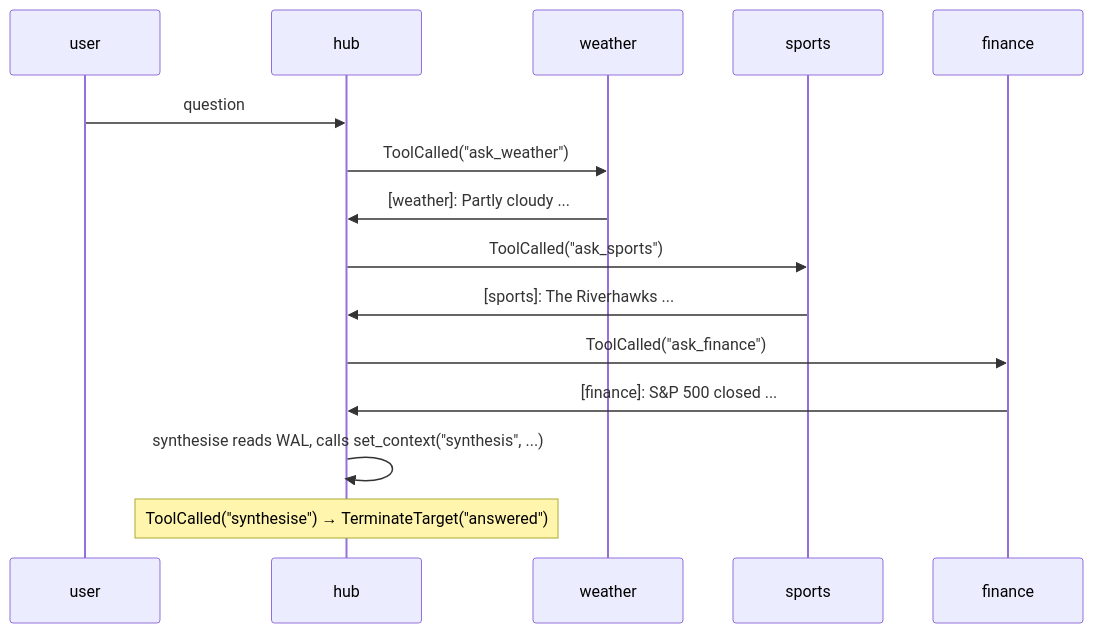
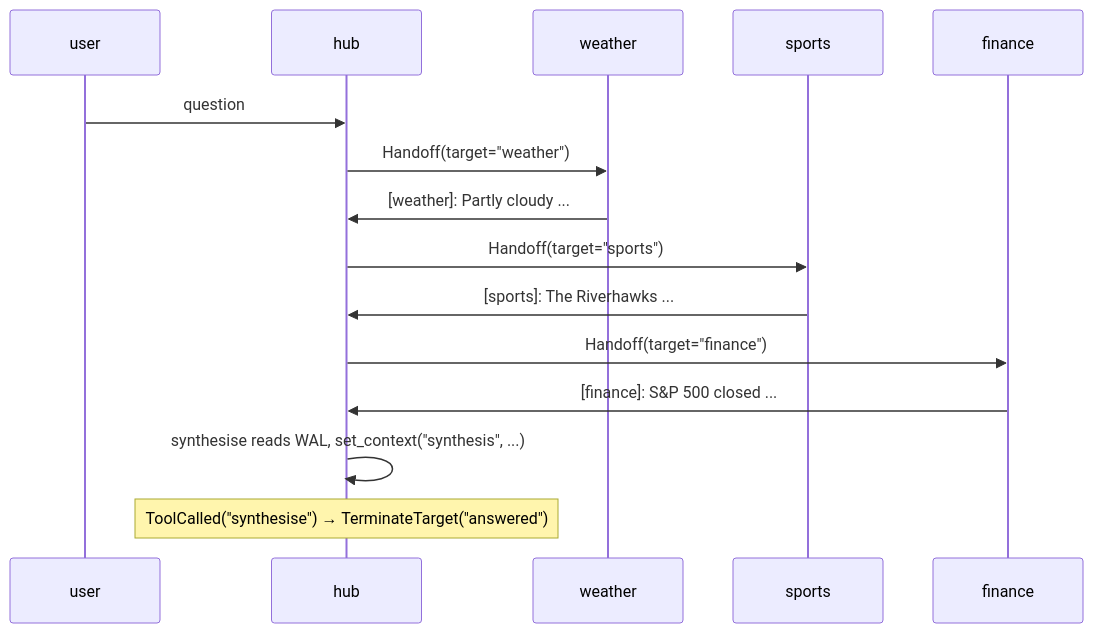
One commit to ag2ai/ag2 changed the diagram in website/docs/beta/network/pattern_cookbook/star.mdx. Above: the diagram before and after it, drawn with Mermaid. The commit also changed other lines of this file and 16 other files, not shown here.

````diff
--- a/website/docs/beta/network/pattern_cookbook/star.mdx
+++ b/website/docs/beta/network/pattern_cookbook/star.mdx
@@ -45,18 +72,18 @@
 ```mermaid
 sequenceDiagram
     participant User as user
     participant Hub as hub
     participant Weather as weather
     participant Sports as sports
     participant Finance as finance
 
     User->>Hub: question
-    Hub->>Weather: ToolCalled("ask_weather")
+    Hub->>Weather: Handoff(target="weather")
     Weather->>Hub: [weather]: Partly cloudy ...
-    Hub->>Sports: ToolCalled("ask_sports")
+    Hub->>Sports: Handoff(target="sports")
     Sports->>Hub: [sports]: The Riverhawks ...
-    Hub->>Finance: ToolCalled("ask_finance")
+    Hub->>Finance: Handoff(target="finance")
     Finance->>Hub: [finance]: S&P 500 closed ...
-    Hub->>Hub: synthesise reads WAL, calls set_context("synthesis", ...)
+    Hub->>Hub: synthesise reads WAL, set_context("synthesis", ...)
     Note over Hub: ToolCalled("synthesise") → TerminateTarget("answered")
 ```
````
